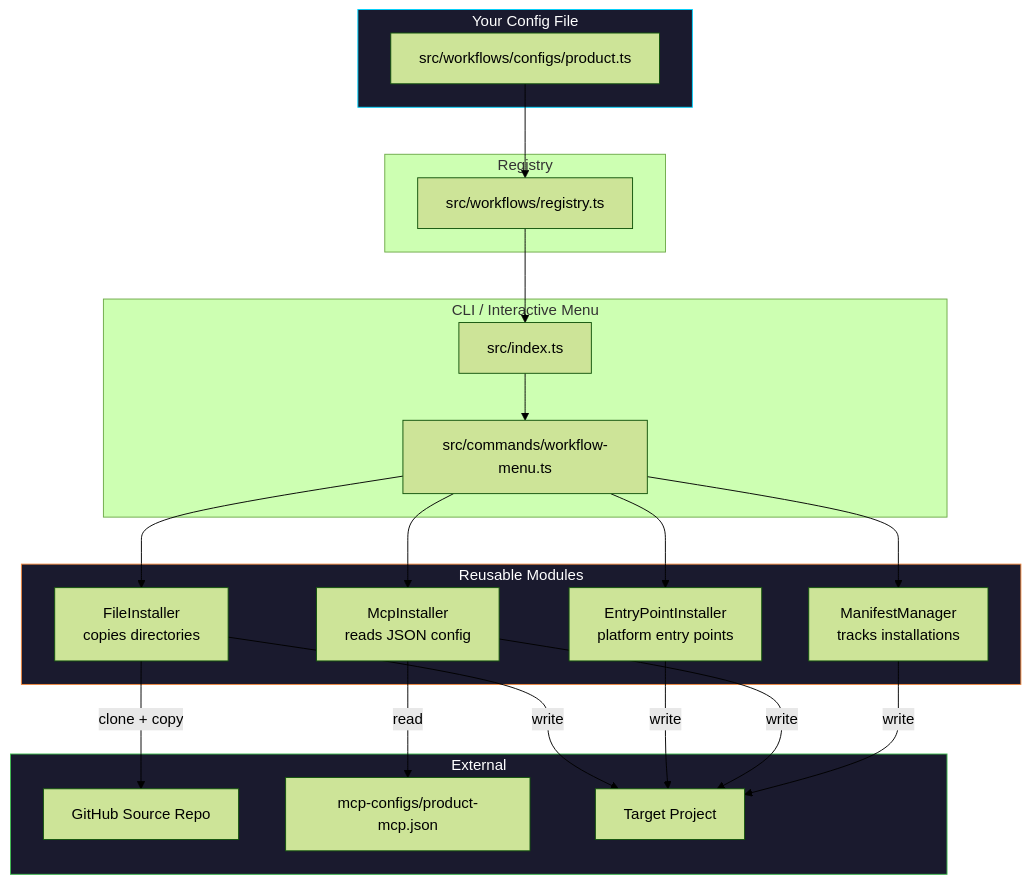
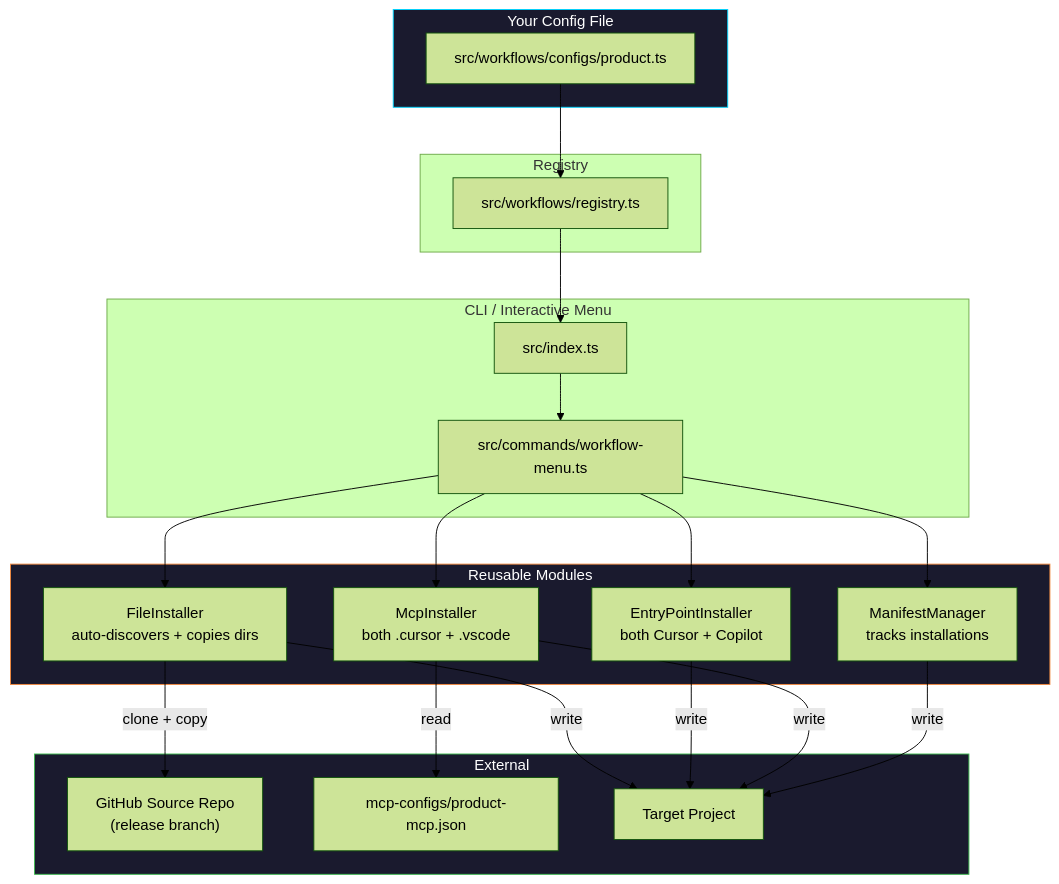
One commit to premkumarjanagarajan/cdl-ff-cli changed the second of 2 diagrams in docs/adding-a-workflow.md. Above: the diagram before and after it, drawn with Mermaid (forest theme). The commit also changed other lines of this file and 5 other files, not shown here.

First line of the commit message:
feat: auto-discover repo directories + rewrite workflow integration prompt

````diff
--- a/docs/adding-a-workflow.md
+++ b/docs/adding-a-workflow.md
@@ -369,48 +378,48 @@
 ```mermaid
 graph TD
     subgraph Config ["Your Config File"]
         WC["src/workflows/configs/product.ts"]
     end
 
     subgraph Registry ["Registry"]
         REG["src/workflows/registry.ts"]
     end
 
     subgraph Menu ["CLI / Interactive Menu"]
         IDX["src/index.ts"]
         WM["src/commands/workflow-menu.ts"]
     end
 
     subgraph Modules ["Reusable Modules"]
-        FI["FileInstaller<br/>copies directories"]
-        EP["EntryPointInstaller<br/>platform entry points"]
-        MI["McpInstaller<br/>reads JSON config"]
+        FI["FileInstaller<br/>auto-discovers + copies dirs"]
+        EP["EntryPointInstaller<br/>both Cursor + Copilot"]
+        MI["McpInstaller<br/>both .cursor + .vscode"]
         MAN["ManifestManager<br/>tracks installations"]
     end
 
     subgraph External ["External"]
-        GH["GitHub Source Repo"]
+        GH["GitHub Source Repo<br/>(release branch)"]
         MCP_JSON["mcp-configs/product-mcp.json"]
         TARGET["Target Project"]
     end
 
     WC --> REG
     REG --> IDX
     IDX --> WM
 
     WM --> FI
     WM --> EP
     WM --> MI
     WM --> MAN
 
     FI -->|clone + copy| GH
     FI -->|write| TARGET
     EP -->|write| TARGET
     MI -->|read| MCP_JSON
     MI -->|write| TARGET
     MAN -->|write| TARGET
 
     style Config fill:#1a1a2e,stroke:#00d4ff,color:#fff
     style Modules fill:#1a1a2e,stroke:#f0883e,color:#fff
     style External fill:#1a1a2e,stroke:#3fb950,color:#fff
 ```
````
